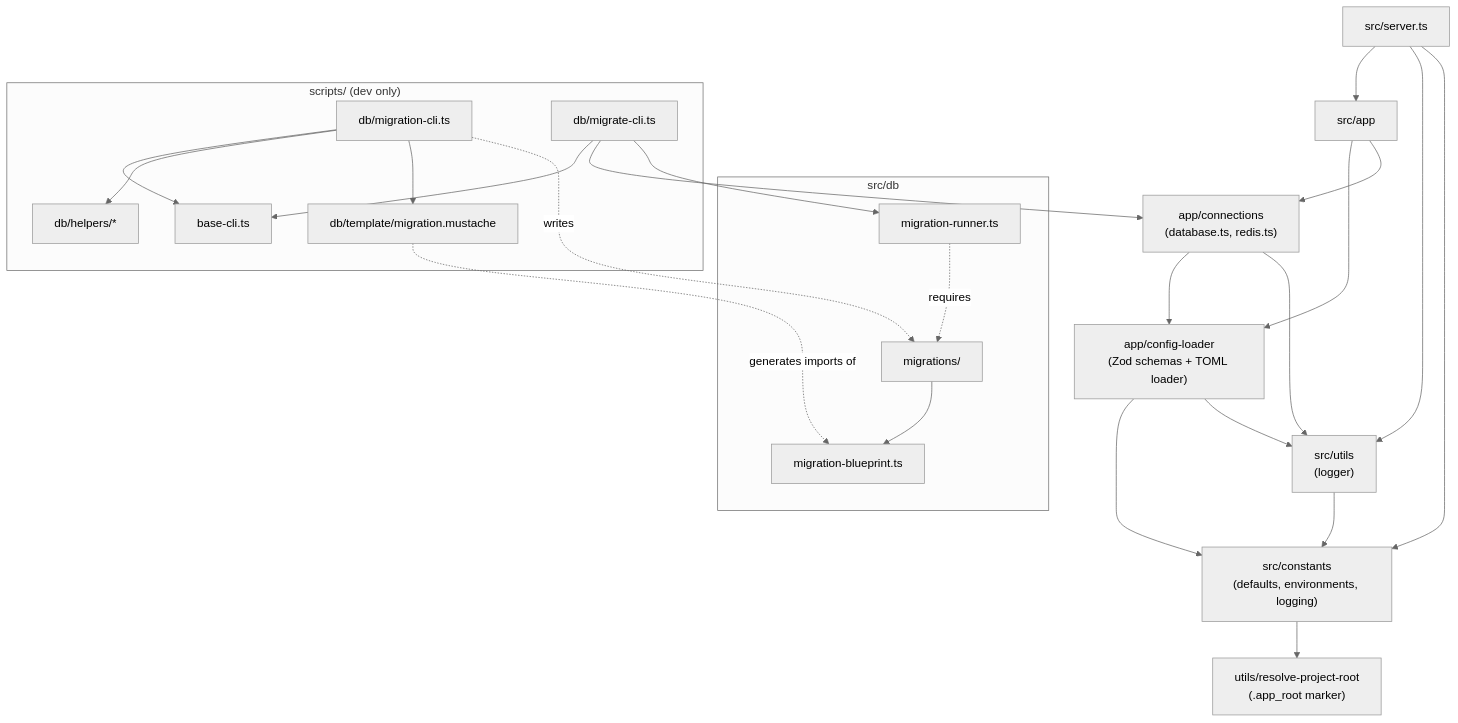
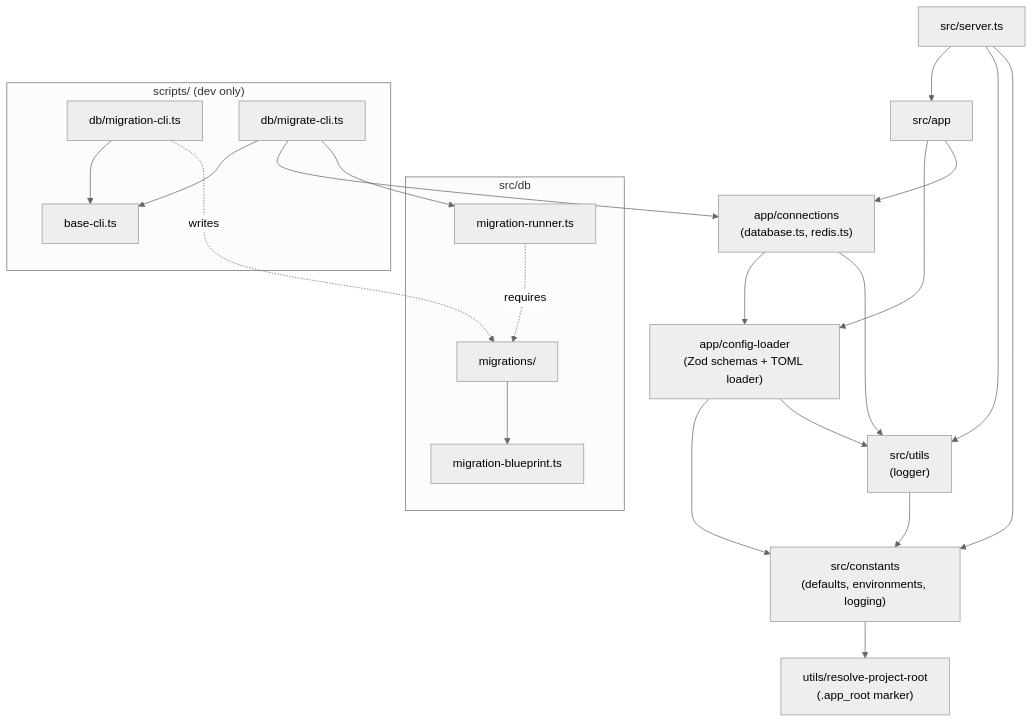
The diagram in docs/architecture/project-structure.md (akarui2004/funny-project-001), drawn with Mermaid (neutral theme) before and after one commit. The commit also changed other lines of this file and 17 other files, not shown here.

First line of the commit message:
refactor: update migration CLI and blueprint for Kysely integration (#23)

````diff
--- a/docs/architecture/project-structure.md
+++ b/docs/architecture/project-structure.md
@@ -25,42 +25,37 @@
 ```mermaid
 flowchart TD
     server["src/server.ts"] --> app["src/app"]
     app --> config["app/config-loader<br/>(Zod schemas + TOML loader)"]
     app --> conn["app/connections<br/>(database.ts, redis.ts)"]
 
     config --> constants["src/constants<br/>(defaults, environments, logging)"]
     conn --> config
     conn --> utils["src/utils<br/>(logger)"]
     server --> utils
     server --> constants
     config --> utils
 
     constants --> root["utils/resolve-project-root<br/>(.app_root marker)"]
     utils --> constants
 
     subgraph db["src/db"]
         runner["migration-runner.ts"]
         blueprint["migration-blueprint.ts"]
         migrations["migrations/"]
     end
 
     runner -. requires .-> migrations
     migrations --> blueprint
 
     subgraph scripts["scripts/ (dev only)"]
         base["base-cli.ts"]
         mig["db/migration-cli.ts"]
         migrate["db/migrate-cli.ts"]
-        helpers["db/helpers/*"]
-        tpl["db/template/migration.mustache"]
     end
 
     mig --> base
-    mig --> helpers
-    mig --> tpl
-    tpl -. generates imports of .-> blueprint
     mig -. writes .-> migrations
     migrate --> base
     migrate --> conn
     migrate --> runner
 ```
````
